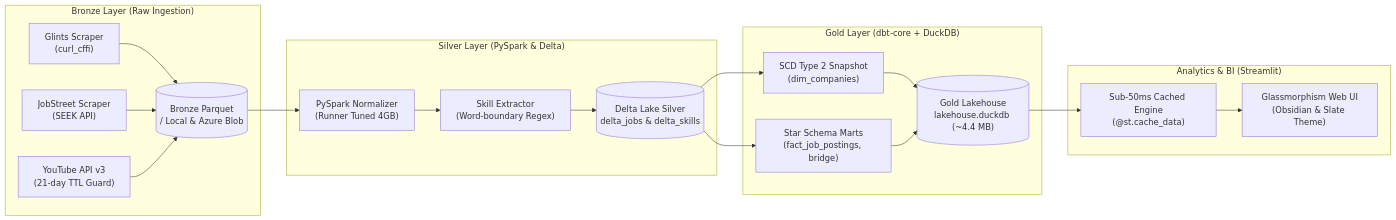
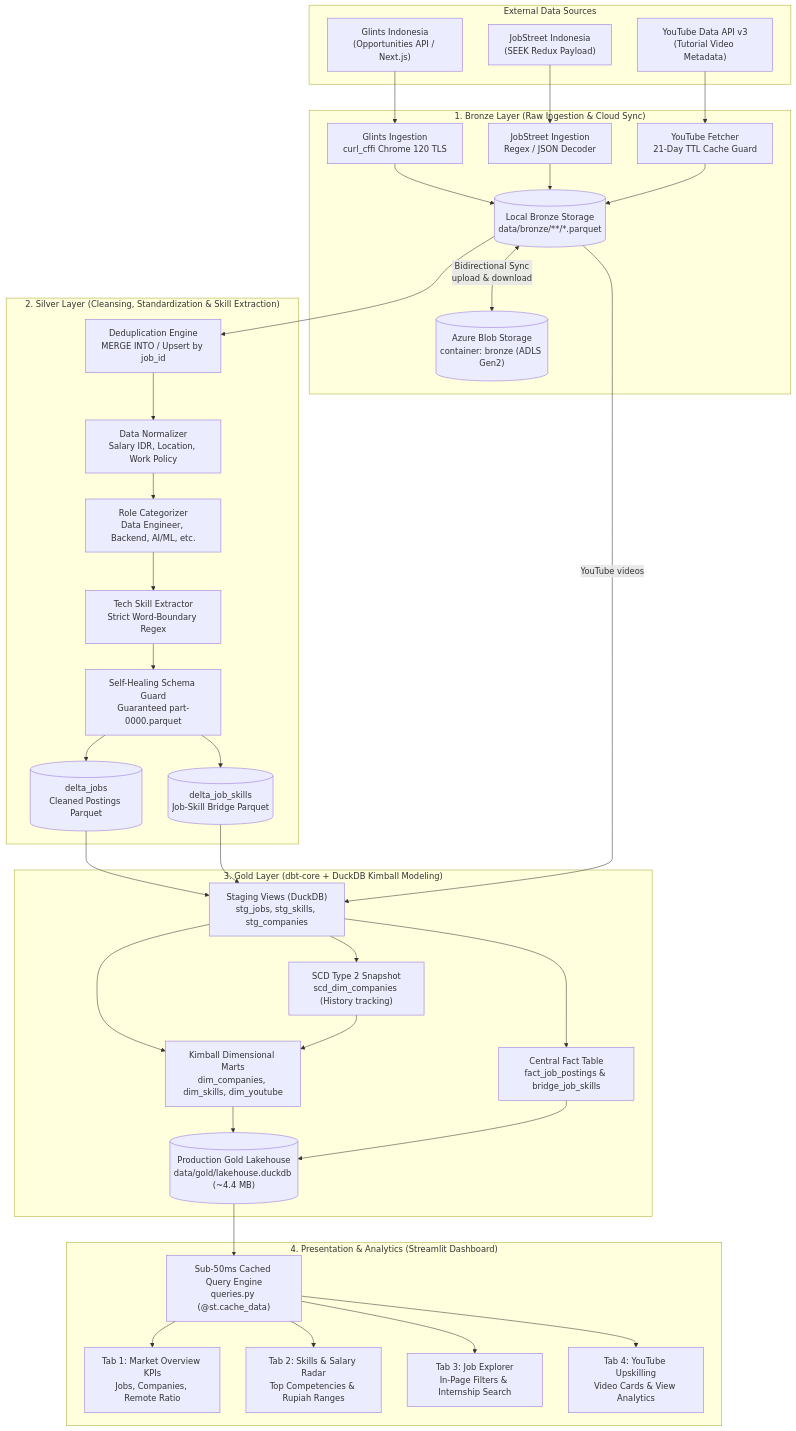
Before and after one commit to Ferdyagustian/JOSE: the diagram in README.md, drawn with Mermaid. The commit also changed other lines of this file, not shown here.

Commit message:
docs: enrich README with detailed end-to-end data flow lifecycle, Azure sync, and updated architecture diagram

````diff
--- a/README.md
+++ b/README.md
@@ -17,38 +17,81 @@
 ```mermaid
-flowchart LR
-    subgraph Ingestion ["Bronze Layer (Raw Ingestion)"]
-        Glints["Glints Scraper<br/>(curl_cffi)"]
-        JobStreet["JobStreet Scraper<br/>(SEEK API)"]
-        YouTube["YouTube API v3<br/>(21-day TTL Guard)"]
-        ColdStorage[("Bronze Parquet<br/>/ Local & Azure Blob")]
-        Glints --> ColdStorage
-        JobStreet --> ColdStorage
-        YouTube --> ColdStorage
+flowchart TD
+    subgraph Sourcing ["External Data Sources"]
+        GlintsPortal["Glints Indonesia<br/>(Opportunities API / Next.js)"]
+        JobStreetPortal["JobStreet Indonesia<br/>(SEEK Redux Payload)"]
+        YouTubeAPI["YouTube Data API v3<br/>(Tutorial Video Metadata)"]
     end
 
-    subgraph Processing ["Silver Layer (PySpark & Delta)"]
-        SparkCleaner["PySpark Normalizer<br/>(Runner Tuned 4GB)"]
-        SkillRegex["Skill Extractor<br/>(Word-boundary Regex)"]
-        DeltaSilver[("Delta Lake Silver<br/>delta_jobs & delta_skills")]
-        ColdStorage --> SparkCleaner
-        SparkCleaner --> SkillRegex
-        SkillRegex --> DeltaSilver
+    subgraph Bronze ["1. Bronze Layer (Raw Ingestion & Cloud Sync)"]
+        GlintsScraper["Glints Ingestion<br/>curl_cffi Chrome 120 TLS"]
+        JobStreetScraper["JobStreet Ingestion<br/>Regex / JSON Decoder"]
+        YTFetcher["YouTube Fetcher<br/>21-Day TTL Cache Guard"]
+        
+        LocalBronze[("Local Bronze Storage<br/>data/bronze/**/*.parquet")]
+        AzureBronze[("Azure Blob Storage<br/>container: bronze (ADLS Gen2)")]
+
+        GlintsPortal --> GlintsScraper
+        JobStreetPortal --> JobStreetScraper
+        YouTubeAPI --> YTFetcher
+
+        GlintsScraper --> LocalBronze
+        JobStreetScraper --> LocalBronze
+        YTFetcher --> LocalBronze
+
+        LocalBronze <-->|"Bidirectional Sync<br/>upload & download"| AzureBronze
     end
 
-    subgraph Modeling ["Gold Layer (dbt-core + DuckDB)"]
-        dbtSnapshot["SCD Type 2 Snapshot<br/>(dim_companies)"]
-        dbtMarts["Star Schema Marts<br/>(fact_job_postings, bridge)"]
-        DuckDBGold[("Gold Lakehouse<br/>lakehouse.duckdb (~4.4 MB)")]
-        DeltaSilver --> dbtSnapshot
-        DeltaSilver --> dbtMarts
-        dbtSnapshot --> DuckDBGold
-        dbtMarts --> DuckDBGold
+    subgraph Silver ["2. Silver Layer (Cleansing, Standardization & Skill Extraction)"]
+        Deduplicator["Deduplication Engine<br/>MERGE INTO / Upsert by job_id"]
+        Normalizer["Data Normalizer<br/>Salary IDR, Location, Work Policy"]
+        RoleClassifier["Role Categorizer<br/>Data Engineer, Backend, AI/ML, etc."]
+        SkillExtractor["Tech Skill Extractor<br/>Strict Word-Boundary Regex"]
+        SchemaGuard["Self-Healing Schema Guard<br/>Guaranteed part-0000.parquet"]
+
+        LocalBronze --> Deduplicator
+        Deduplicator --> Normalizer
+        Normalizer --> RoleClassifier
+        RoleClassifier --> SkillExtractor
+        SkillExtractor --> SchemaGuard
+
+        SilverJobs[("delta_jobs<br/>Cleaned Postings Parquet")]
+        SilverSkills[("delta_job_skills<br/>Job-Skill Bridge Parquet")]
+
+        SchemaGuard --> SilverJobs
+        SchemaGuard --> SilverSkills
     end
 
-    subgraph Presentation ["Analytics & BI (Streamlit)"]
-        Queries["Sub-50ms Cached Engine<br/>(@st.cache_data)"]
-        GlassmorphismUI["Glassmorphism Web UI<br/>(Obsidian & Slate Theme)"]
-        DuckDBGold --> Queries
-        Queries --> GlassmorphismUI
+    subgraph Gold ["3. Gold Layer (dbt-core + DuckDB Kimball Modeling)"]
+        StagingViews["Staging Views (DuckDB)<br/>stg_jobs, stg_skills, stg_companies"]
+        SCDSnapshot["SCD Type 2 Snapshot<br/>scd_dim_companies (History tracking)"]
+        StarSchema["Kimball Dimensional Marts<br/>dim_companies, dim_skills, dim_youtube"]
+        FactTable["Central Fact Table<br/>fact_job_postings & bridge_job_skills"]
+        
+        SilverJobs --> StagingViews
+        SilverSkills --> StagingViews
+        LocalBronze -->|"YouTube videos"| StagingViews
+
+        StagingViews --> SCDSnapshot
+        StagingViews --> StarSchema
+        StagingViews --> FactTable
+        SCDSnapshot --> StarSchema
+
+        GoldDB[("Production Gold Lakehouse<br/>data/gold/lakehouse.duckdb (~4.4 MB)")]
+        StarSchema --> GoldDB
+        FactTable --> GoldDB
+    end
+
+    subgraph Presentation ["4. Presentation & Analytics (Streamlit Dashboard)"]
+        DuckDBEngine["Sub-50ms Cached Query Engine<br/>queries.py (@st.cache_data)"]
+        UI_KPIs["Tab 1: Market Overview KPIs<br/>Jobs, Companies, Remote Ratio"]
+        UI_Skills["Tab 2: Skills & Salary Radar<br/>Top Competencies & Rupiah Ranges"]
+        UI_Explorer["Tab 3: Job Explorer<br/>In-Page Filters & Internship Search"]
+        UI_YouTube["Tab 4: YouTube Upskilling<br/>Video Cards & View Analytics"]
+
+        GoldDB --> DuckDBEngine
+        DuckDBEngine --> UI_KPIs
+        DuckDBEngine --> UI_Skills
+        DuckDBEngine --> UI_Explorer
+        DuckDBEngine --> UI_YouTube
     end
 ```
````
